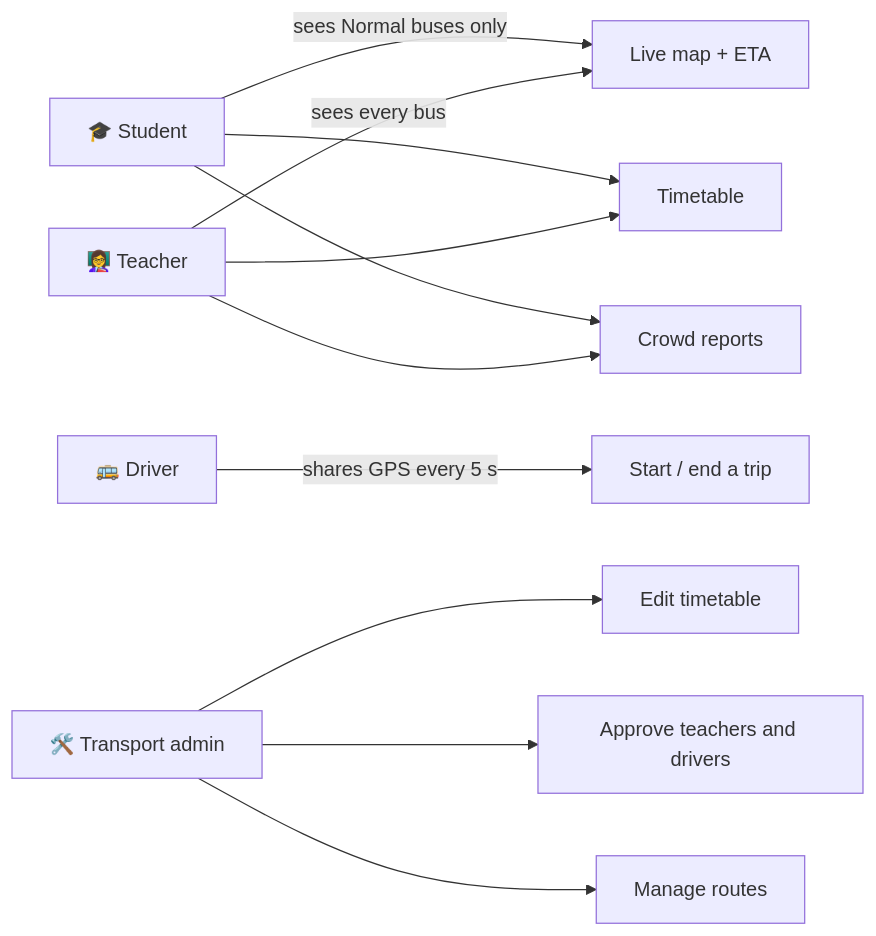
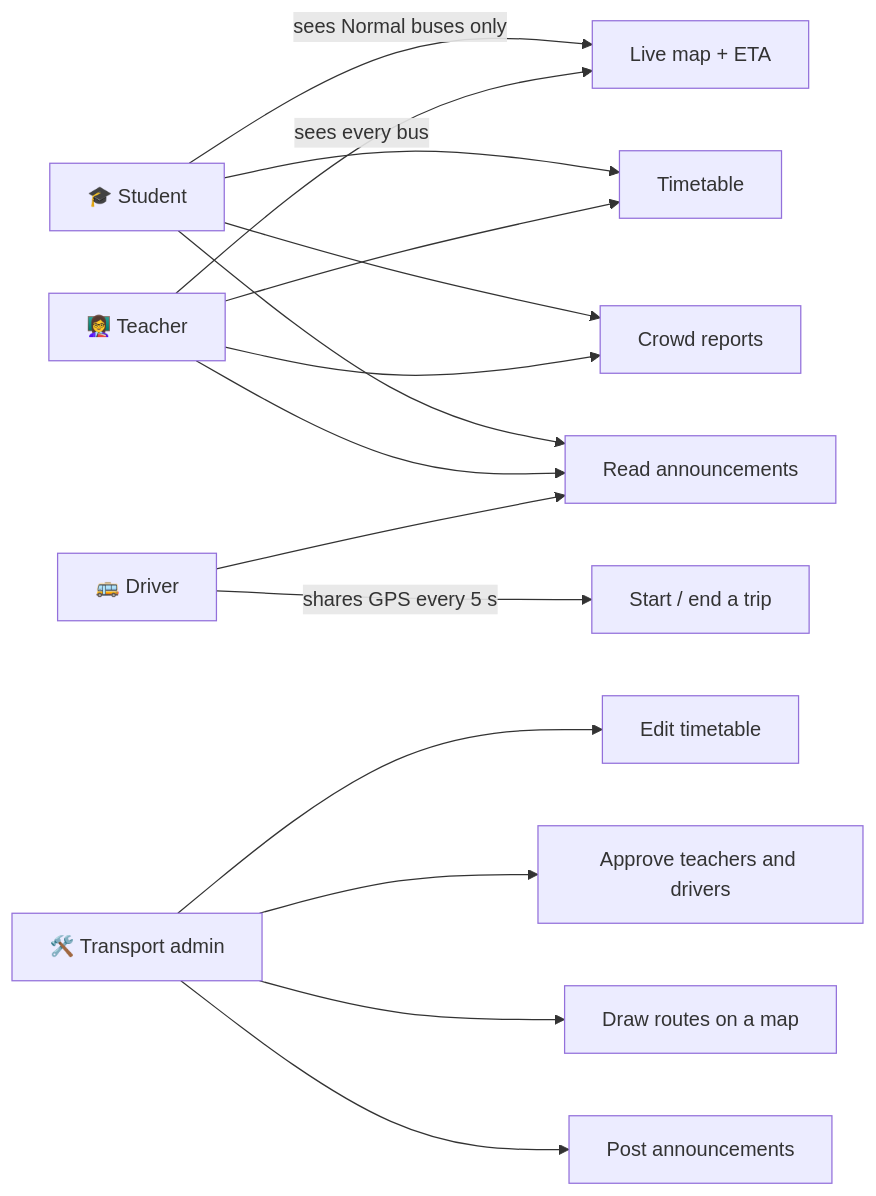
One commit to shadowfax-505/KUETBusLive changed the first of 27 diagrams in README.md. Above: the diagram before and after it, drawn with Mermaid. The commit also changed other lines of this file and 9 other files, not shown here.

````diff
--- a/README.md
+++ b/README.md
@@ -80,20 +97,24 @@
 ```mermaid
 flowchart LR
     S["🎓 Student"]
     T["👩‍🏫 Teacher"]
     D["🚌 Driver"]
     A["🛠️ Transport admin"]
 
     S -->|"sees Normal buses only"| MAP["Live map + ETA"]
     T -->|"sees every bus"| MAP
     S --> SCH["Timetable"]
     T --> SCH
     S --> CR["Crowd reports"]
     T --> CR
 
     D -->|"shares GPS every 5 s"| TRIP["Start / end a trip"]
 
     A --> EDIT["Edit timetable"]
     A --> APP["Approve teachers and drivers"]
-    A --> ROUTES["Manage routes"]
+    A --> ROUTES["Draw routes on a map"]
+    A --> NEWS["Post announcements"]
+    S --> NEWSR["Read announcements"]
+    T --> NEWSR
+    D --> NEWSR
 ```
````
